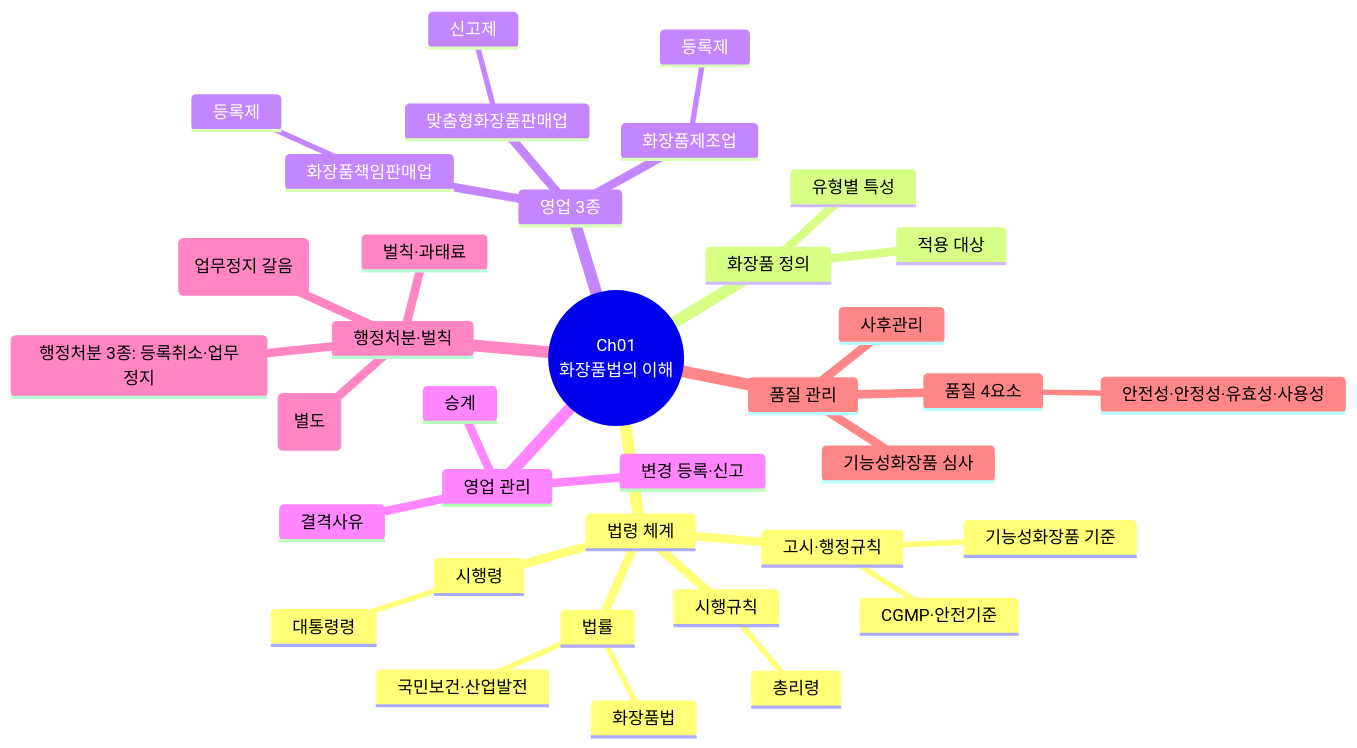
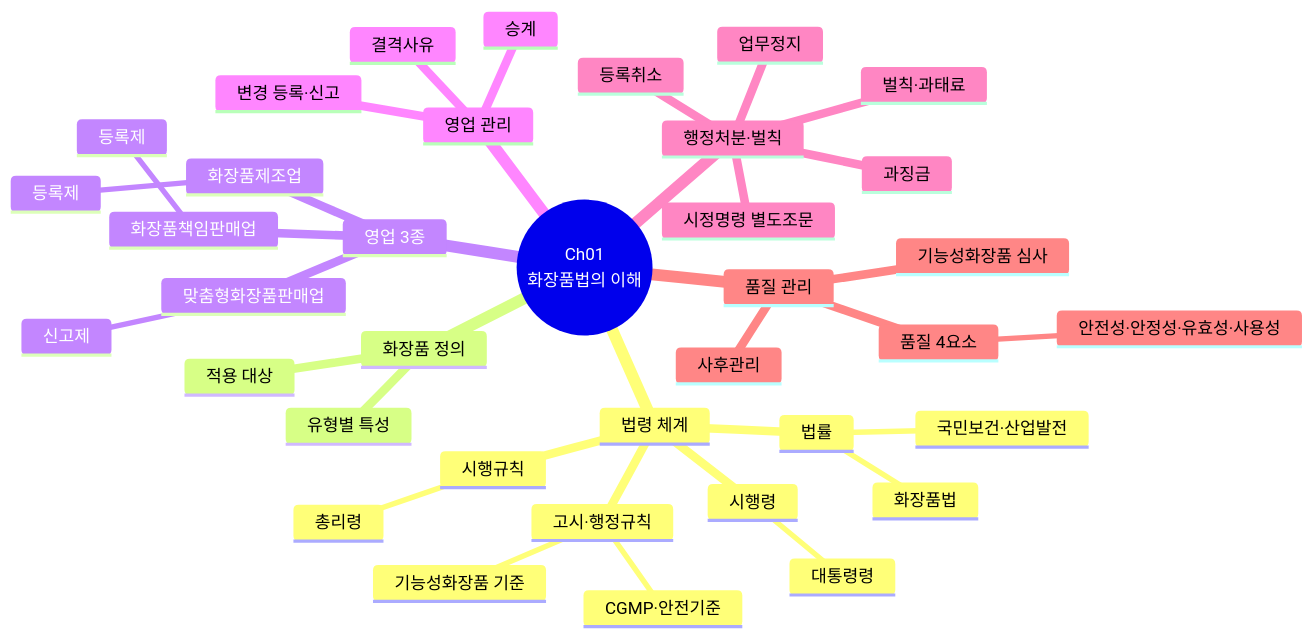
The second of 10 diagrams in content/교재/law/1과목_화장품법의이해_이야기형.md (skygoldlee-cyber/Personalized_Skincare), drawn with Mermaid before and after one commit. The commit also changed other lines of this file and 16 other files, not shown here.

First line of the commit message:
마인드맵 시정명령 노드를 '시정명령 별도조문'으로 명기

````diff
--- a/content/교재/law/1과목_화장품법의이해_이야기형.md
+++ b/content/교재/law/1과목_화장품법의이해_이야기형.md
@@ -247,39 +247,40 @@
 ```mermaid
 mindmap
  root((Ch01<br/>화장품법의 이해))
   법령 체계
    법률
     화장품법
     국민보건·산업발전
    시행령
     대통령령
    시행규칙
     총리령
    고시·행정규칙
     기능성화장품 기준
     CGMP·안전기준
   화장품 정의
    적용 대상
    유형별 특성
   영업 3종
    화장품제조업
     등록제
    화장품책임판매업
     등록제
    맞춤형화장품판매업
     신고제
   영업 관리
    결격사유
    변경 등록·신고
    승계
   행정처분·벌칙
-   시정명령(별도)
-   행정처분 3종: 등록취소·업무정지
-   과징금(업무정지 갈음)
+   시정명령 별도조문
+   등록취소
+   업무정지
+   과징금
    벌칙·과태료
   품질 관리
    품질 4요소
     안전성·안정성·유효성·사용성
    기능성화장품 심사
    사후관리
 ```
````
